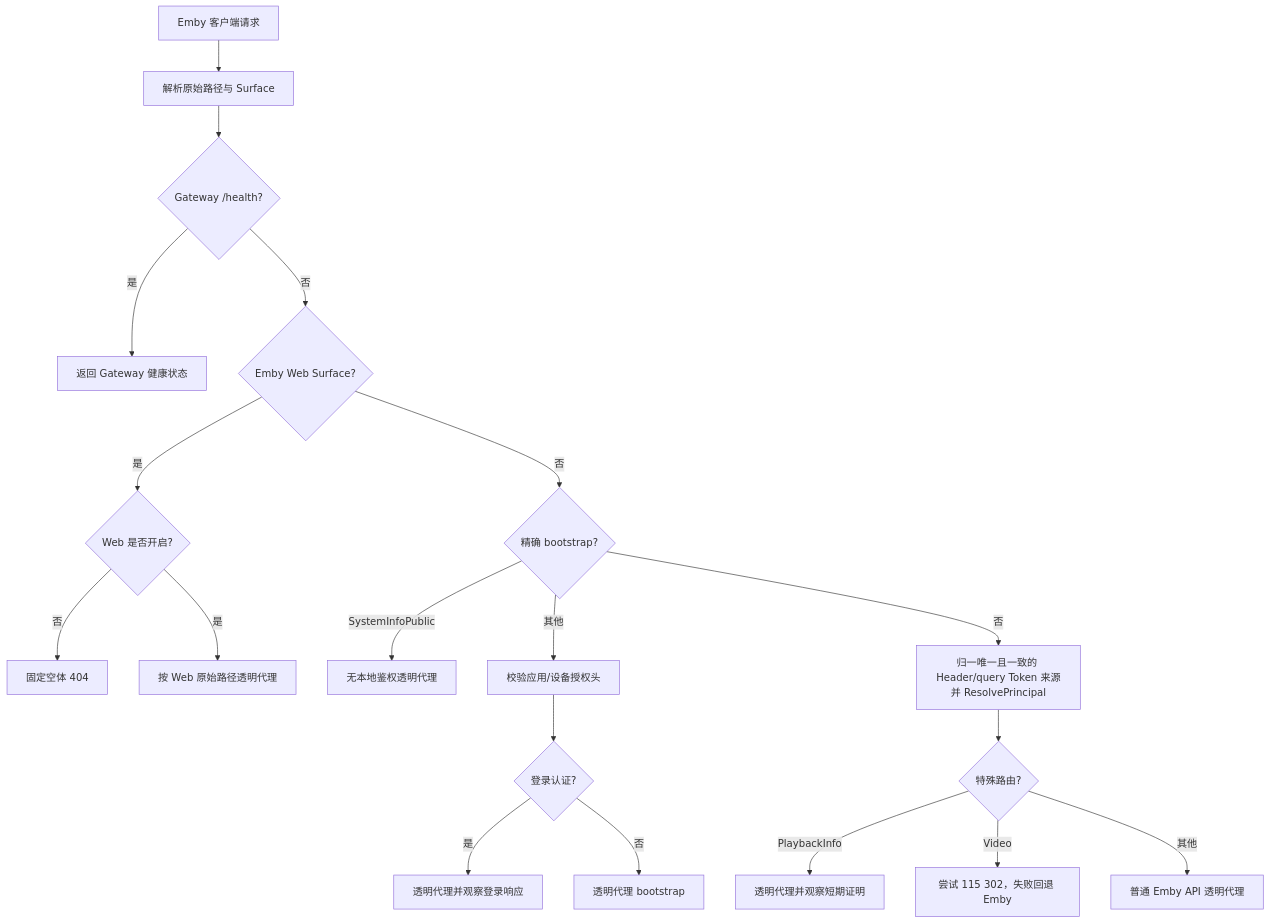
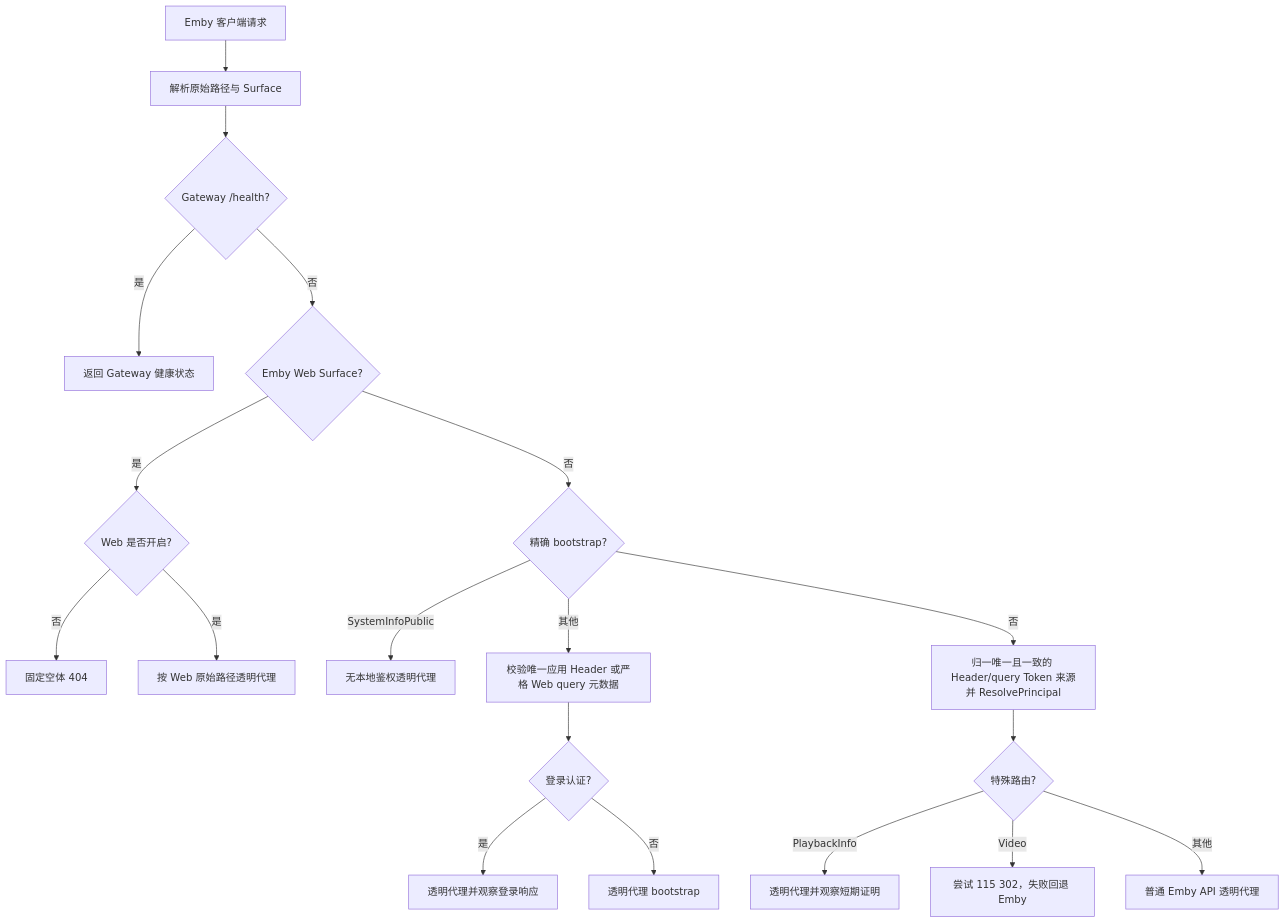
The first of 2 diagrams in docs/plan/architecture/ember-gateway-transparent-proxy-and-web-access.md (konghanghang/ember), drawn with Mermaid before and after one commit. The commit also changed other lines of this file and 13 other files, not shown here.

First line of the commit message:
fix(gateway): 修复 Emby Web 登录与图片代理

````diff
--- a/docs/plan/architecture/ember-gateway-transparent-proxy-and-web-access.md
+++ b/docs/plan/architecture/ember-gateway-transparent-proxy-and-web-access.md
@@ -126,21 +130,21 @@
 ```mermaid
 flowchart TD
     Client[Emby 客户端请求] --> Normalize[解析原始路径与 Surface]
     Normalize --> Health{Gateway /health?}
     Health -- 是 --> HealthResponse[返回 Gateway 健康状态]
     Health -- 否 --> Web{Emby Web Surface?}
     Web -- 是 --> WebSwitch{Web 是否开启?}
     WebSwitch -- 否 --> NotFound[固定空体 404]
     WebSwitch -- 是 --> WebProxy[按 Web 原始路径透明代理]
     Web -- 否 --> Bootstrap{精确 bootstrap?}
     Bootstrap -- SystemInfoPublic --> BootstrapProxy[无本地鉴权透明代理]
-    Bootstrap -- 其他 --> AppHeader[校验应用/设备授权头]
-    AppHeader --> BootstrapRoute{登录认证?}
+    Bootstrap -- 其他 --> AppMetadata[校验唯一应用 Header 或严格 Web query 元数据]
+    AppMetadata --> BootstrapRoute{登录认证?}
     BootstrapRoute -- 是 --> AuthObserve[透明代理并观察登录响应]
     BootstrapRoute -- 否 --> AuthenticatedBootstrapProxy[透明代理 bootstrap]
     Bootstrap -- 否 --> Principal[归一唯一且一致的 Header/query Token 来源并 ResolvePrincipal]
     Principal --> Route{特殊路由?}
     Route -- PlaybackInfo --> ProofObserve[透明代理并观察短期证明]
     Route -- Video --> DirectPlay[尝试 115 302，失败回退 Emby]
     Route -- 其他 --> DefaultProxy[普通 Emby API 透明代理]
 ```
````
